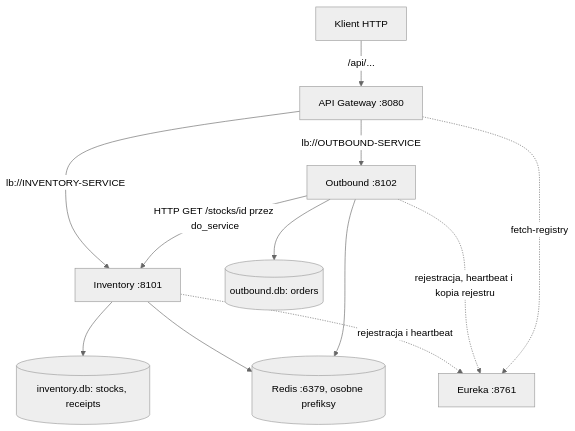
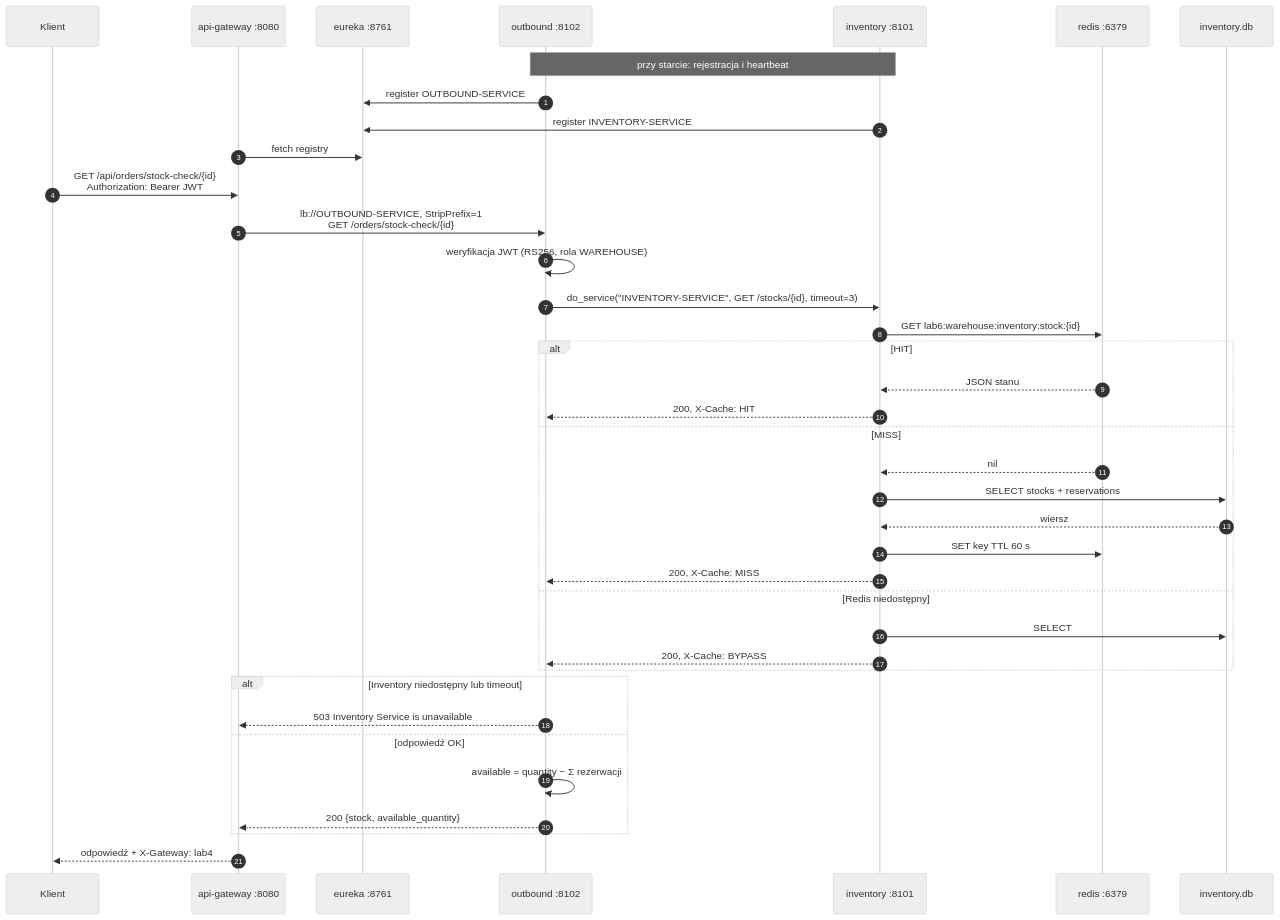
The third of 4 diagrams in README.md (M3T1X1/web_microservices), drawn with Mermaid (neutral theme) before and after one commit. The commit also changed other lines of this file, not shown here.

````diff
--- a/README.md
+++ b/README.md
@@ -1206,14 +398,42 @@
 ```mermaid
-flowchart TB
-    C[Klient HTTP] -->|/api/...| G[API Gateway :8080]
-    G -->|lb://INVENTORY-SERVICE| I[Inventory :8101]
-    G -->|lb://OUTBOUND-SERVICE| O[Outbound :8102]
-    O -->|HTTP GET /stocks/id przez do_service| I
-    I --> IDB[(inventory.db: stocks, receipts)]
-    O --> ODB[(outbound.db: orders)]
-    I --> R[(Redis :6379, osobne prefiksy)]
-    O --> R
-    I -. rejestracja i heartbeat .-> E[Eureka :8761]
-    O -. rejestracja, heartbeat i kopia rejestru .-> E
-    G -. fetch-registry .-> E
+sequenceDiagram
+    autonumber
+    participant C as Klient
+    participant G as api-gateway :8080
+    participant E as eureka :8761
+    participant O as outbound :8102
+    participant I as inventory :8101
+    participant R as redis :6379
+    participant DB as inventory.db
+
+    Note over O,I: przy starcie: rejestracja i heartbeat
+    O->>E: register OUTBOUND-SERVICE
+    I->>E: register INVENTORY-SERVICE
+    G->>E: fetch registry
+
+    C->>G: GET /api/orders/stock-check/{id}<br/>Authorization: Bearer JWT
+    G->>O: lb://OUTBOUND-SERVICE, StripPrefix=1<br/>GET /orders/stock-check/{id}
+    O->>O: weryfikacja JWT (RS256, rola WAREHOUSE)
+    O->>I: do_service("INVENTORY-SERVICE", GET /stocks/{id}, timeout=3)
+    I->>R: GET lab6:warehouse:inventory:stock:{id}
+    alt HIT
+        R-->>I: JSON stanu
+        I-->>O: 200, X-Cache: HIT
+    else MISS
+        R-->>I: nil
+        I->>DB: SELECT stocks + reservations
+        DB-->>I: wiersz
+        I->>R: SET key TTL 60 s
+        I-->>O: 200, X-Cache: MISS
+    else Redis niedostępny
+        I->>DB: SELECT
+        I-->>O: 200, X-Cache: BYPASS
+    end
+    alt Inventory niedostępny lub timeout
+        O-->>G: 503 Inventory Service is unavailable
+    else odpowiedź OK
+        O->>O: available = quantity − Σ rezerwacji
+        O-->>G: 200 {stock, available_quantity}
+    end
+    G-->>C: odpowiedź + X-Gateway: lab4
 ```
````
